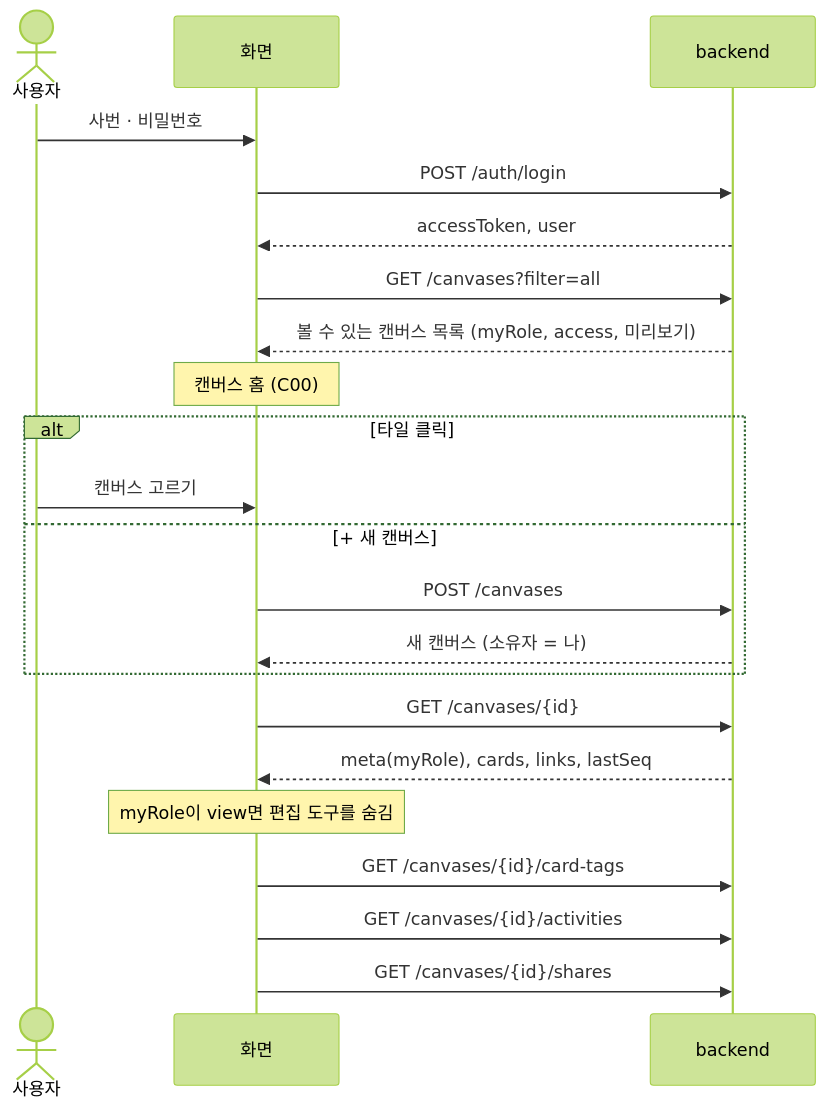
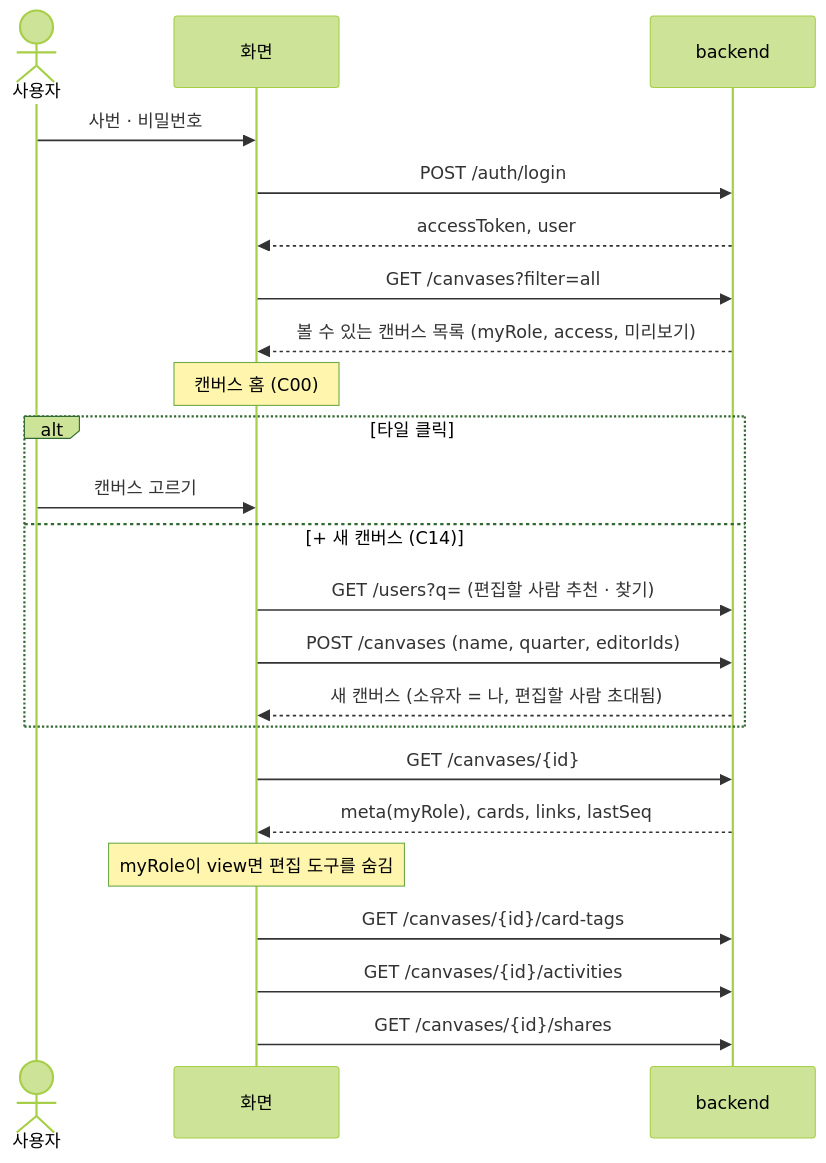
The second of 7 diagrams in docs/frontend/api-diagram.md (vamos-team/telescope), drawn with Mermaid (forest theme) before and after one commit. The commit also changed other lines of this file and 14 other files, not shown here.

````diff
--- a/docs/frontend/api-diagram.md
+++ b/docs/frontend/api-diagram.md
@@ -52,25 +52,26 @@
 ```mermaid
 sequenceDiagram
   actor U as 사용자
   participant F as 화면
   participant B as backend
 
   U->>F: 사번 · 비밀번호
   F->>B: POST /auth/login
   B-->>F: accessToken, user
   F->>B: GET /canvases?filter=all
   B-->>F: 볼 수 있는 캔버스 목록 (myRole, access, 미리보기)
   Note over F: 캔버스 홈 (C00)
   alt 타일 클릭
     U->>F: 캔버스 고르기
-  else + 새 캔버스
-    F->>B: POST /canvases
-    B-->>F: 새 캔버스 (소유자 = 나)
+  else + 새 캔버스 (C14)
+    F->>B: GET /users?q= (편집할 사람 추천 · 찾기)
+    F->>B: POST /canvases (name, quarter, editorIds)
+    B-->>F: 새 캔버스 (소유자 = 나, 편집할 사람 초대됨)
   end
   F->>B: GET /canvases/{id}
   B-->>F: meta(myRole), cards, links, lastSeq
   Note over F: myRole이 view면 편집 도구를 숨김
   F->>B: GET /canvases/{id}/card-tags
   F->>B: GET /canvases/{id}/activities
   F->>B: GET /canvases/{id}/shares
 ```
````
